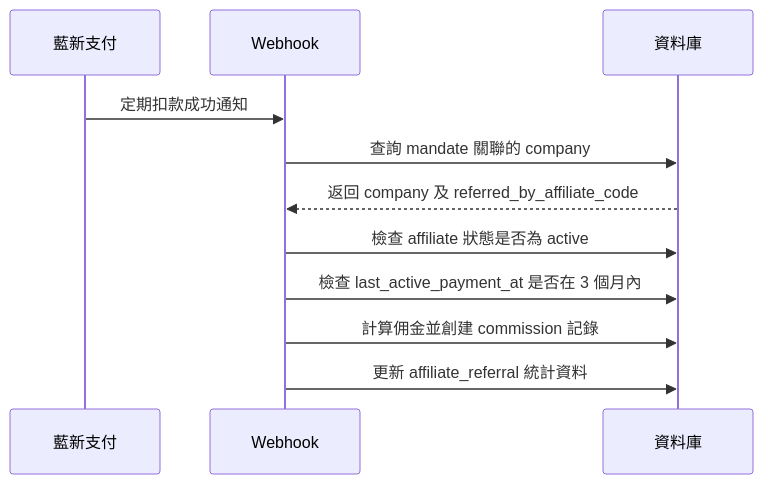
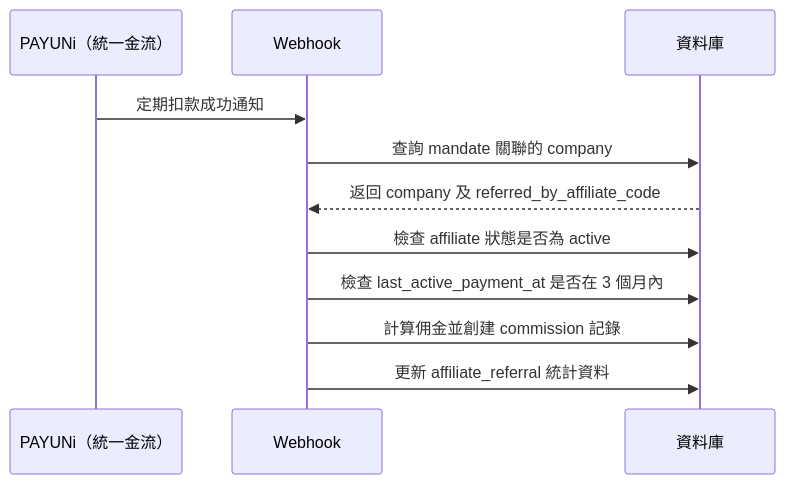
Before and after one commit to zhenheco/autoseo: the fourth of 6 diagrams in docs/AFFILIATE_SYSTEM_DESIGN.md, drawn with Mermaid. The commit also changed other lines of this file and 30 other files, not shown here.

Commit message:
docs: 清理藍新金流殘留引用，統一為 PAYUNi 統一金流

````diff
--- a/docs/AFFILIATE_SYSTEM_DESIGN.md
+++ b/docs/AFFILIATE_SYSTEM_DESIGN.md
@@ -249,10 +249,10 @@
 ```mermaid
 sequenceDiagram
-    藍新支付->>Webhook: 定期扣款成功通知
+    PAYUNi（統一金流）->>Webhook: 定期扣款成功通知
     Webhook->>資料庫: 查詢 mandate 關聯的 company
     資料庫-->>Webhook: 返回 company 及 referred_by_affiliate_code
     Webhook->>資料庫: 檢查 affiliate 狀態是否為 active
     Webhook->>資料庫: 檢查 last_active_payment_at 是否在 3 個月內
     Webhook->>資料庫: 計算佣金並創建 commission 記錄
     Webhook->>資料庫: 更新 affiliate_referral 統計資料
 ```
````
